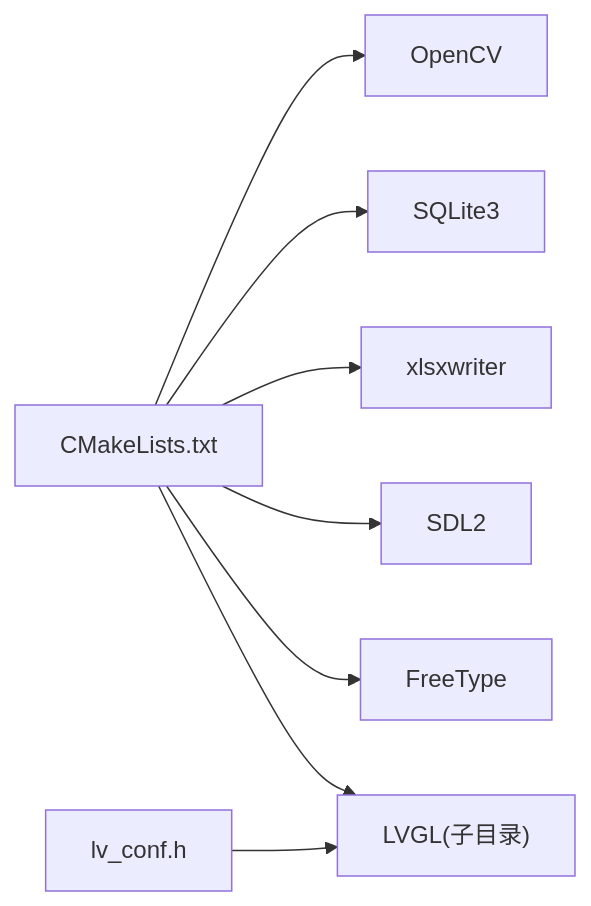
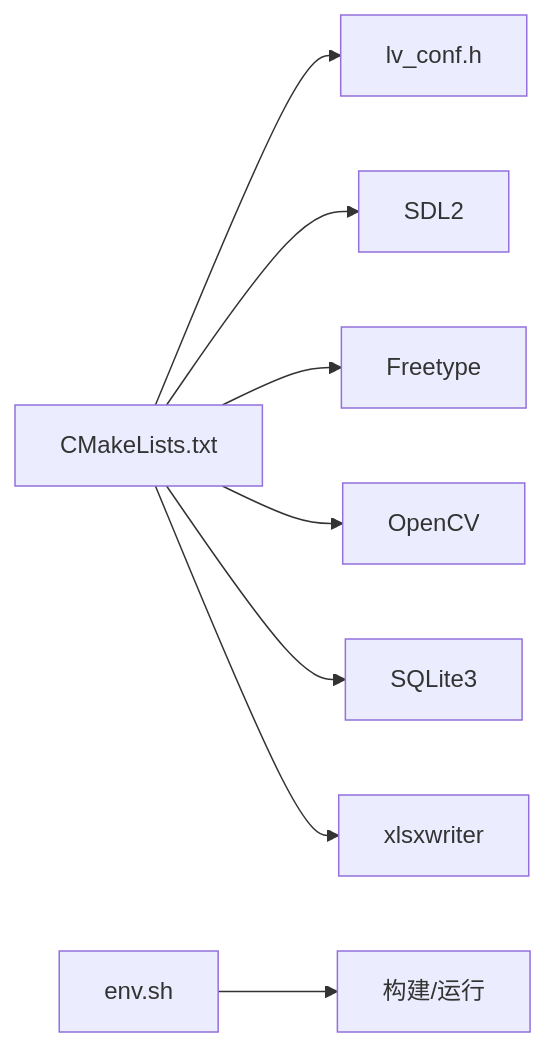
Before and after one commit to Drunk552/SmartAttendance: the seventh of 8 diagrams in .qoder/repowiki/zh/content/开发指南/开发指南.md, drawn with Mermaid. The commit also changed other lines of this file and 119 other files, not shown here.

````diff
--- a/.qoder/repowiki/zh/content/开发指南/开发指南.md
+++ b/.qoder/repowiki/zh/content/开发指南/开发指南.md
@@ -244,10 +309,10 @@
 ```mermaid
 graph LR
-CMake["CMakeLists.txt"] --> OpenCV["OpenCV"]
-CMake --> SQLite["SQLite3"]
+CMake["CMakeLists.txt"] --> LV["lv_conf.h"]
+CMake --> SDL["SDL2"]
+CMake --> FT["Freetype"]
+CMake --> OPENCV["OpenCV"]
+CMake --> SQLITE["SQLite3"]
 CMake --> XLSX["xlsxwriter"]
-CMake --> SDL["SDL2"]
-CMake --> FT["FreeType"]
-CMake --> LV["LVGL(子目录)"]
-LVConf["lv_conf.h"] --> LV
+ENV["env.sh"] --> BUILD["构建/运行"]
 ```
````
